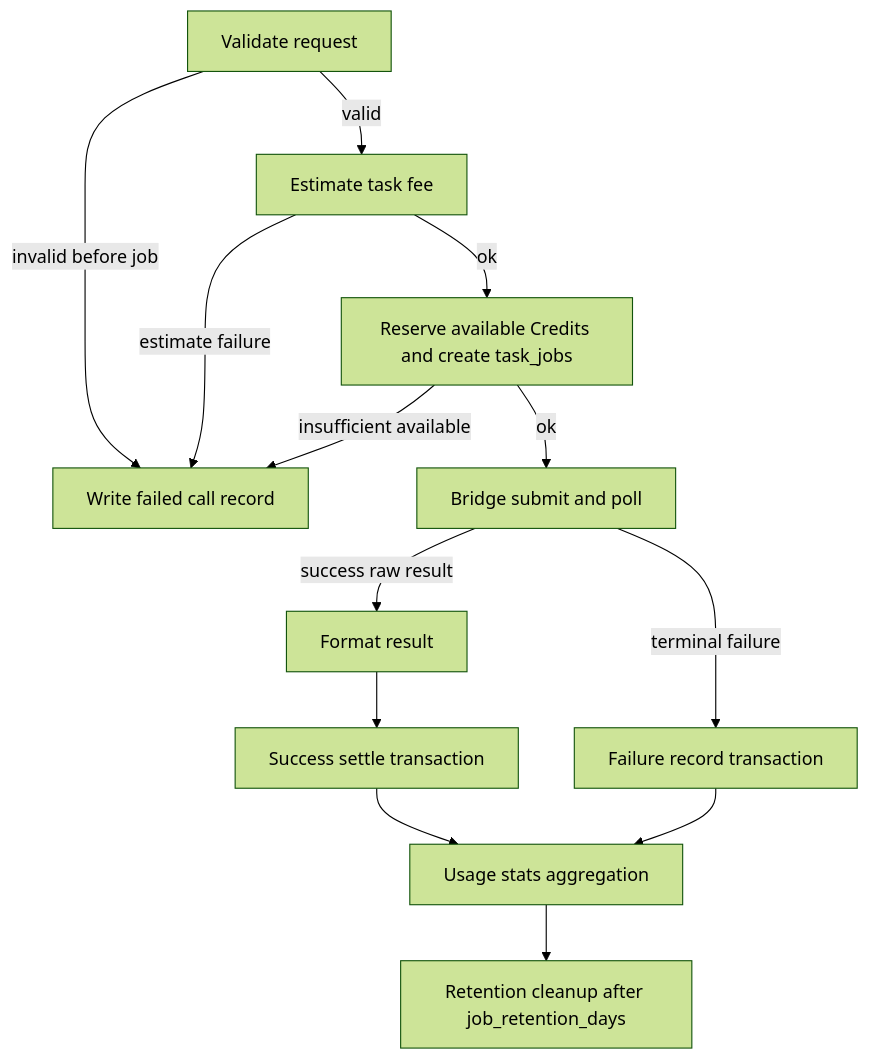
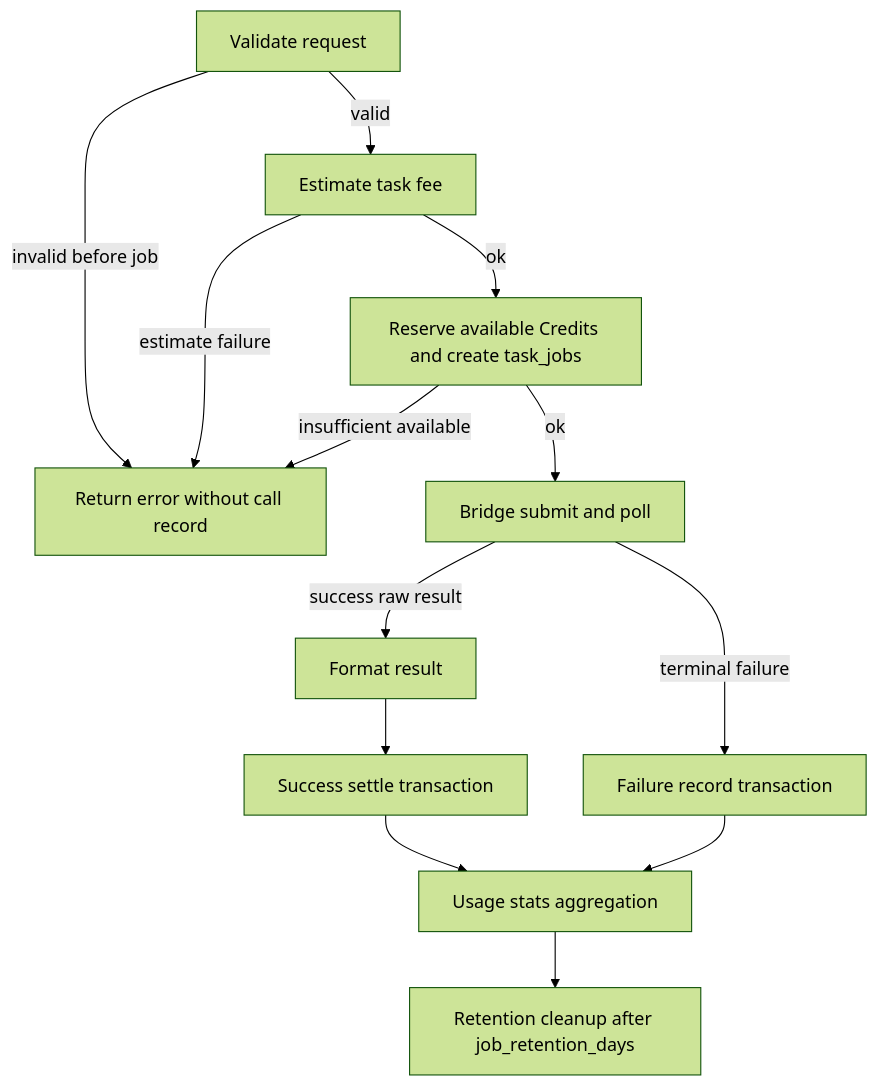
The diagram in docs/llm-job-processing.md (crynux-network/crynux-as), drawn with Mermaid (forest theme) before and after one commit. The commit also changed other lines of this file and 12 other files, not shown here.

Commit message:
[feature] skip call records for validation error jobs

````diff
--- a/docs/llm-job-processing.md
+++ b/docs/llm-job-processing.md
@@ -94,15 +94,15 @@
 ```mermaid
 flowchart TD
-  A[Validate request] -->|invalid before job| F[Write failed call record]
+  A[Validate request] -->|invalid before job| R[Return error without call record]
   A -->|valid| B[Estimate task fee]
-  B -->|estimate failure| F
+  B -->|estimate failure| R
   B -->|ok| C[Reserve available Credits and create task_jobs]
-  C -->|insufficient available| F
+  C -->|insufficient available| R
   C -->|ok| D[Bridge submit and poll]
   D -->|success raw result| E[Format result]
   E --> G[Success settle transaction]
   D -->|terminal failure| H[Failure record transaction]
   G --> I[Usage stats aggregation]
   H --> I
   I --> J[Retention cleanup after job_retention_days]
 ```
````
